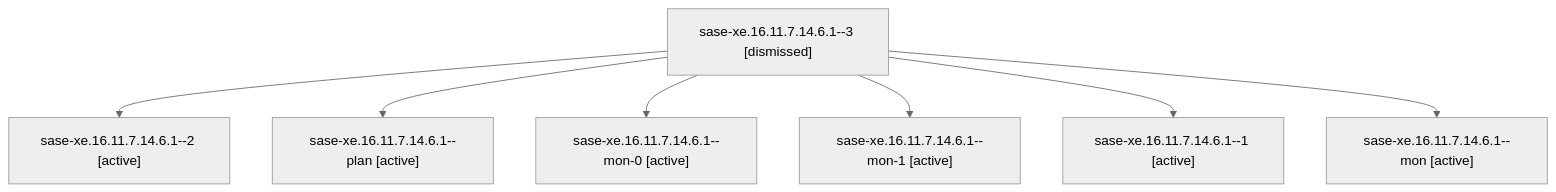
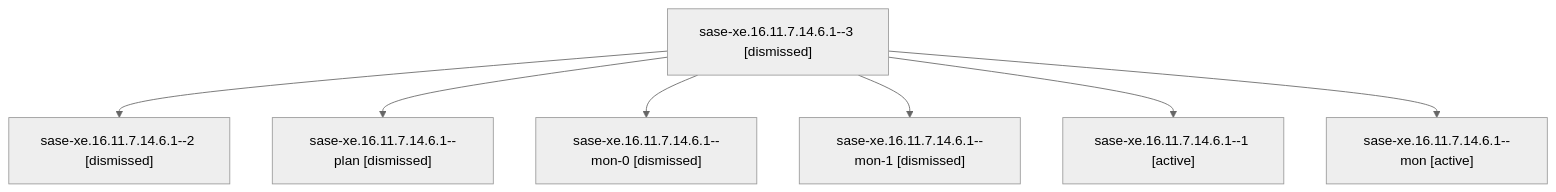
Before and after one commit to sase-org/sase--agents: the diagram in sessions/bbugyi200.athena.sase-xe.16.11.7.14.6.1.md, drawn with Mermaid (neutral theme). The commit also changed other lines of this file and 277 other files, not shown here.

````diff
--- a/sessions/bbugyi200.athena.sase-xe.16.11.7.14.6.1.md
+++ b/sessions/bbugyi200.athena.sase-xe.16.11.7.14.6.1.md
@@ -9,16 +9,16 @@
 ```mermaid
 flowchart TD
   n0["sase-xe.16.11.7.14.6.1--3 [dismissed]"]
-  n1["sase-xe.16.11.7.14.6.1--2 [active]"]
+  n1["sase-xe.16.11.7.14.6.1--2 [dismissed]"]
   n0 --> n1
-  n2["sase-xe.16.11.7.14.6.1--plan [active]"]
+  n2["sase-xe.16.11.7.14.6.1--plan [dismissed]"]
   n0 --> n2
-  n3["sase-xe.16.11.7.14.6.1--mon-0 [active]"]
+  n3["sase-xe.16.11.7.14.6.1--mon-0 [dismissed]"]
   n0 --> n3
-  n4["sase-xe.16.11.7.14.6.1--mon-1 [active]"]
+  n4["sase-xe.16.11.7.14.6.1--mon-1 [dismissed]"]
   n0 --> n4
   n5["sase-xe.16.11.7.14.6.1--1 [active]"]
   n0 --> n5
   n6["sase-xe.16.11.7.14.6.1--mon [active]"]
   n0 --> n6
 ```
````
